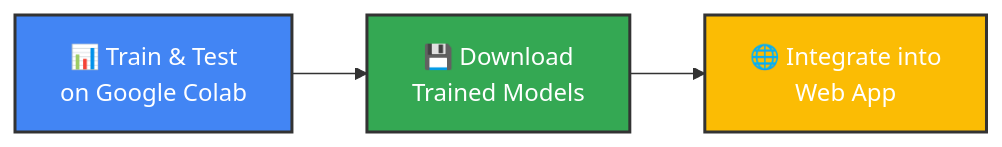
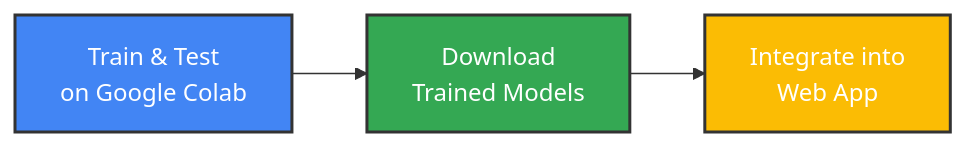
One commit to AstronDaniel/Movie-Recommendation-Ai-Model changed the first of 8 diagrams in README.md. Above: the diagram before and after it, drawn with Mermaid. The commit also changed other lines of this file, not shown here.

Commit message:
chore: update README for improved clarity and detail in development workflow and technical flow

````diff
--- a/README.md
+++ b/README.md
@@ -15,9 +15,9 @@
 ```mermaid
 graph LR
-    A["📊 Train & Test<br/>on Google Colab"] --> B["💾 Download<br/>Trained Models"]
-    B --> C["🌐 Integrate into<br/>Web App"]
+    A[" Train & Test<br/>on Google Colab"] --> B[" Download<br/>Trained Models"]
+    B --> C[" Integrate into<br/>Web App"]
     
     style A fill:#4285f4,stroke:#333,stroke-width:2px,color:#fff
     style B fill:#34a853,stroke:#333,stroke-width:2px,color:#fff
     style C fill:#fbbc04,stroke:#333,stroke-width:2px,color:#fff
 ```
````
